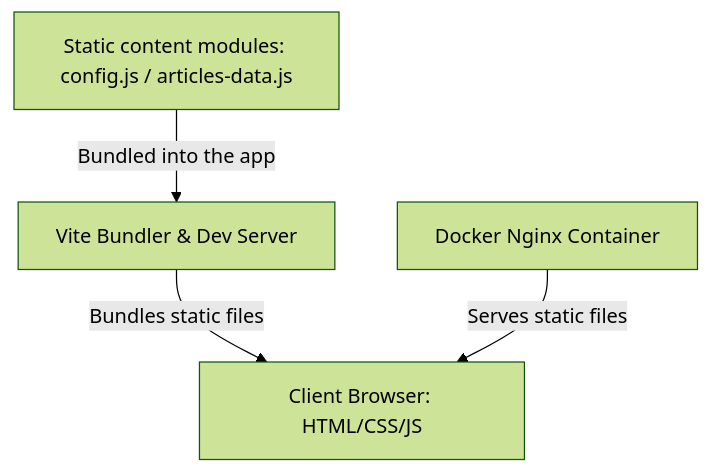
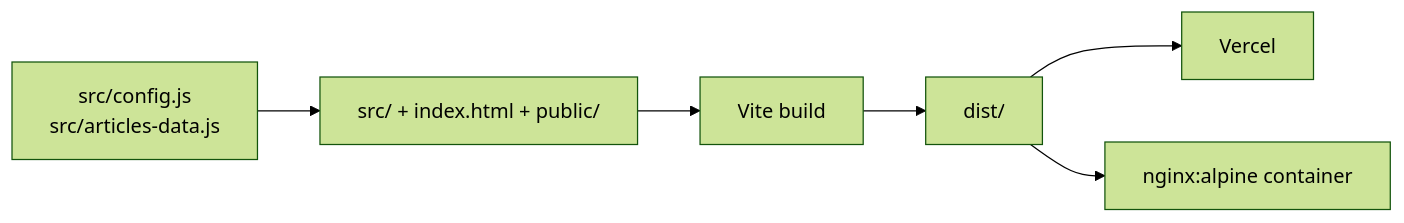
One commit to francis-p-n/Portfolio-Site changed the first of 3 diagrams in architecture.md. Above: the diagram before and after it, drawn with Mermaid (forest theme). The commit also changed other lines of this file and 3 other files, not shown here.

````diff
--- a/architecture.md
+++ b/architecture.md
@@ -11,11 +10,15 @@
 ```mermaid
-graph TD
-    Client[Client Browser: HTML/CSS/JS]
-    Content[Static content modules: config.js / articles-data.js]
-    Vite[Vite Bundler & Dev Server]
-    Nginx[Docker Nginx Container]
+graph LR
+    Content[src/config.js<br/>src/articles-data.js]
+    Src[src/ + index.html + public/]
+    Vite[Vite build]
+    Dist[dist/]
+    Vercel[Vercel]
+    Nginx[nginx:alpine container]
 
-    Content -->|Bundled into the app| Vite
-    Vite -->|Bundles static files| Client
-    Nginx -->|Serves static files| Client
+    Content --> Src
+    Src --> Vite
+    Vite --> Dist
+    Dist --> Vercel
+    Dist --> Nginx
 ```
````
